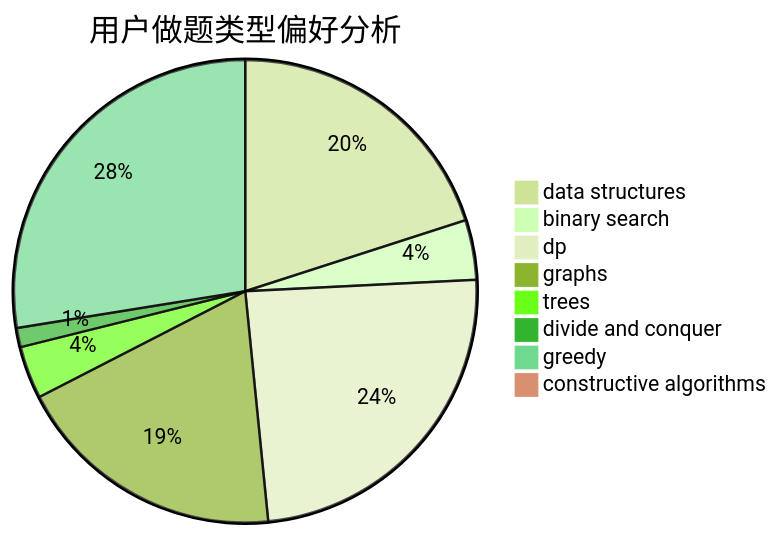
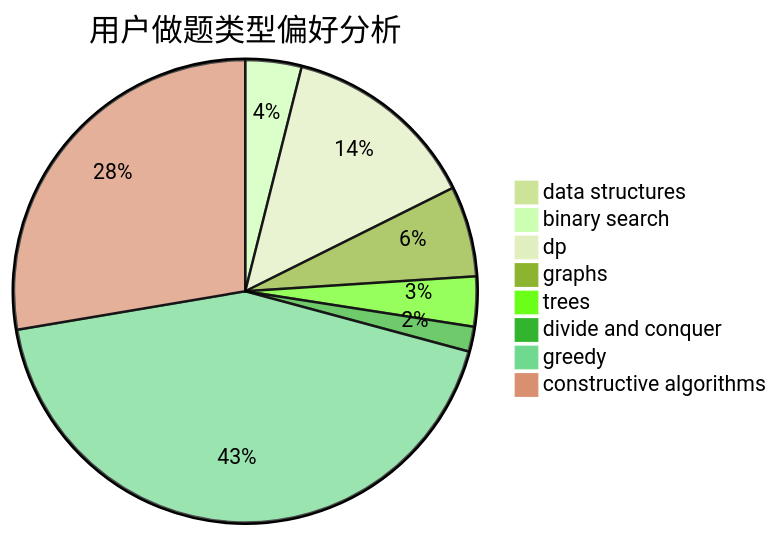
One commit to sherpahu/cfrs.github.io changed the second of 3 diagrams in docs/user/u1374.md. Above: the diagram before and after it, drawn with Mermaid (forest theme). The commit also changed other lines of this file and 2770 other files, not shown here.

````diff
--- a/docs/user/u1374.md
+++ b/docs/user/u1374.md
@@ -23,11 +23,11 @@
 ```mermaid
 pie title 用户做题类型偏好分析
-    "data structures" :  120
-    "binary search" :  25
-    "dp" :  145
-    "graphs" :  114
-    "trees" :  22
+    "data structures" :  0
+    "binary search" :  18
+    "dp" :  63
+    "graphs" :  29
+    "trees" :  16
     "divide and conquer" :  8
-    "greedy" :  165
-    "constructive algorithms" :  1
+    "greedy" :  198
+    "constructive algorithms" :  127
 ```
````
